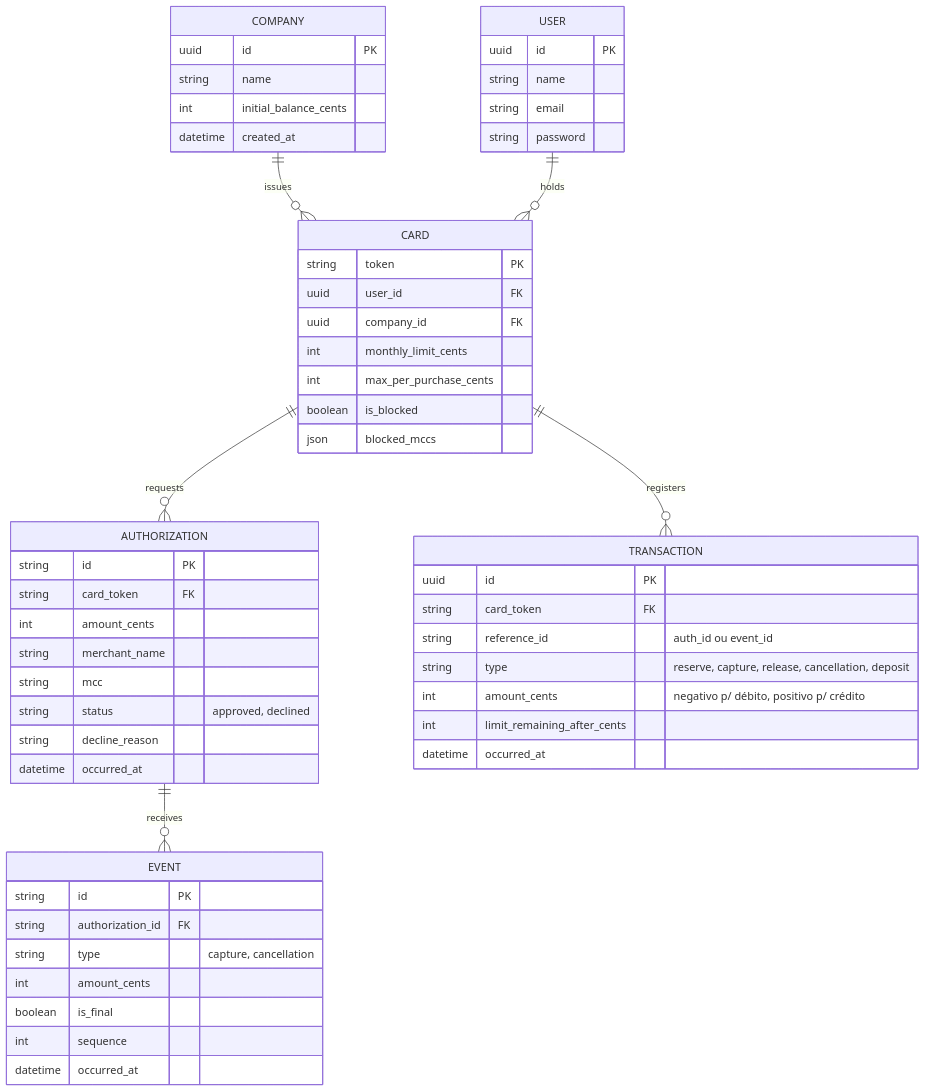
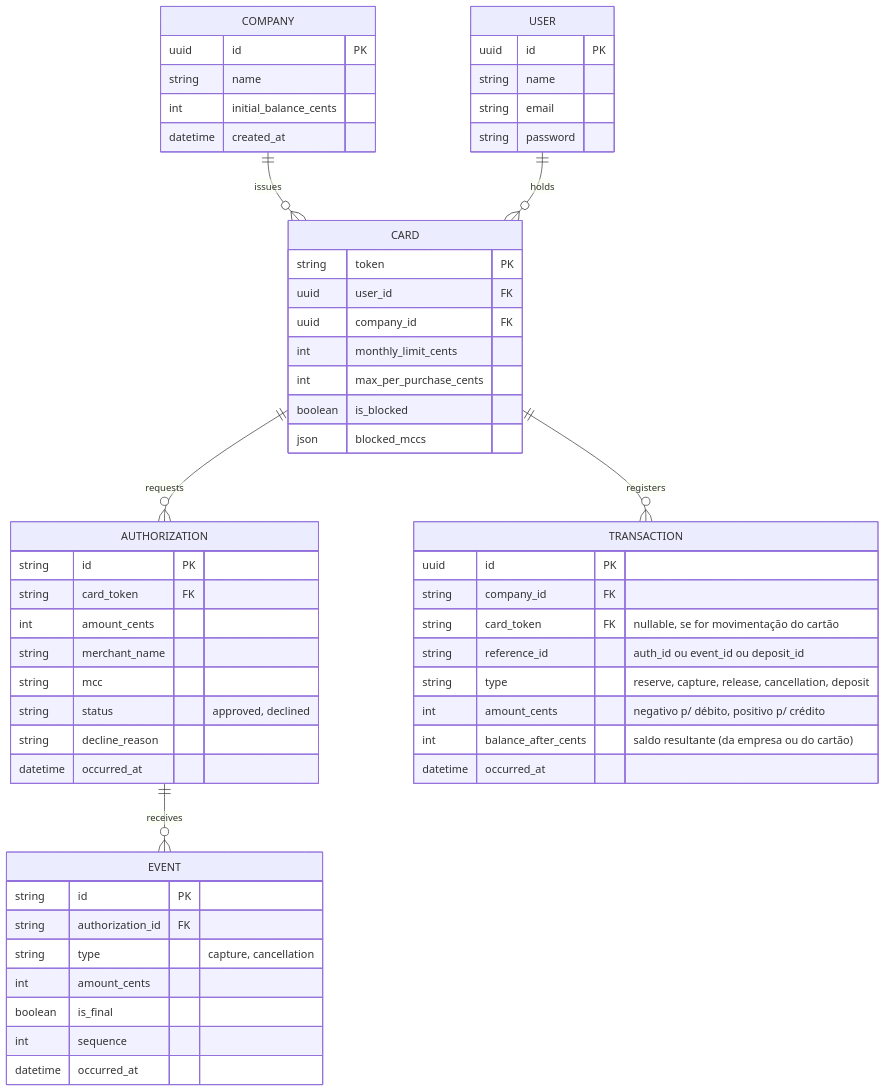
Before and after one commit to rd7rodrigo/fullstack-test-3pontos: the diagram in MODEL.md, drawn with Mermaid. The commit also changed other lines of this file and 7 other files, not shown here.

Commit message:
feat(domain): add Company and Card entities with unit tests

```diff
--- a/MODEL.md
+++ b/MODEL.md
@@ -42,7 +34,7 @@
 
 }
 
-  
+
 
 CARD {
 
@@ -62,7 +54,7 @@
 
 }
 
-  
+
 
 AUTHORIZATION {
 
@@ -84,7 +76,7 @@
 
 }
 
-  
+
 
 EVENT {
 
@@ -104,27 +96,22 @@
 
 }
 
-  
+
 
 TRANSACTION {
 
 uuid id PK
-
-string card_token FK
-
-string reference_id "auth_id ou event_id"
-
+string company_id FK
+string card_token FK "nullable, se for movimentação do cartão"
+string reference_id "auth_id ou event_id ou deposit_id"
 string type "reserve, capture, release, cancellation, deposit"
-
 int amount_cents "negativo p/ débito, positivo p/ crédito"
-
-int limit_remaining_after_cents
-
+int balance_after_cents "saldo resultante (da empresa ou do cartão)"
 datetime occurred_at
 
 }
 
-  
+
 
 COMPANY ||--o{ CARD : issues
 
```
